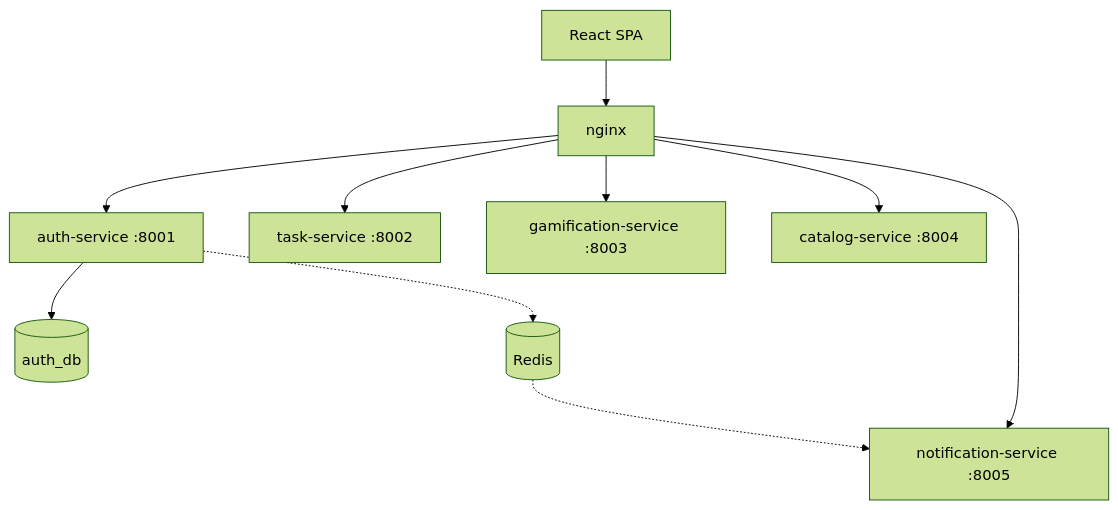
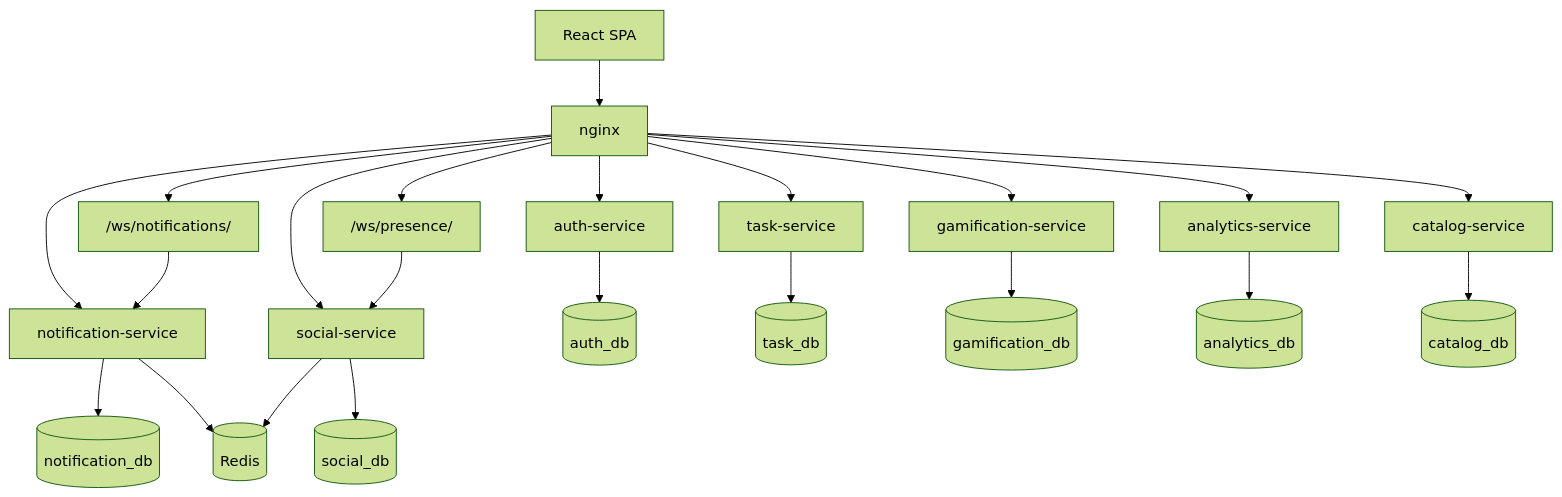
The diagram in docs/microservices_implementation_plan.md (nasqnik/Transcendence), drawn with Mermaid (forest theme) before and after one commit. The commit also changed other lines of this file and 15 other files, not shown here.

Commit message:
docs(Readme and docs foulder): update and delete old mds and old schema file

````diff
--- a/docs/microservices_implementation_plan.md
+++ b/docs/microservices_implementation_plan.md
@@ -86,12 +19,24 @@
 ```mermaid
 flowchart TB
   SPA[React SPA] --> nginx
-  nginx --> auth[auth-service :8001]
-  nginx --> task[task-service :8002]
-  nginx --> game[gamification-service :8003]
-  nginx --> catalog[catalog-service :8004]
-  nginx --> notif[notification-service :8005]
+  nginx --> auth[auth-service]
+  nginx --> task[task-service]
+  nginx --> game[gamification-service]
+  nginx --> analytics[analytics-service]
+  nginx --> catalog[catalog-service]
+  nginx --> notif[notification-service]
+  nginx --> social[social-service]
+  nginx --> wsN["/ws/notifications/"]
+  nginx --> wsP["/ws/presence/"]
+  wsN --> notif
+  wsP --> social
   auth --> authDb[(auth_db)]
-  auth -.-> redis[(Redis)]
-  redis -.-> notif
+  task --> taskDb[(task_db)]
+  game --> gameDb[(gamification_db)]
+  analytics --> analyticsDb[(analytics_db)]
+  catalog --> catalogDb[(catalog_db)]
+  notif --> notifDb[(notification_db)]
+  social --> socialDb[(social_db)]
+  notif --> redis[(Redis)]
+  social --> redis
 ```
````
